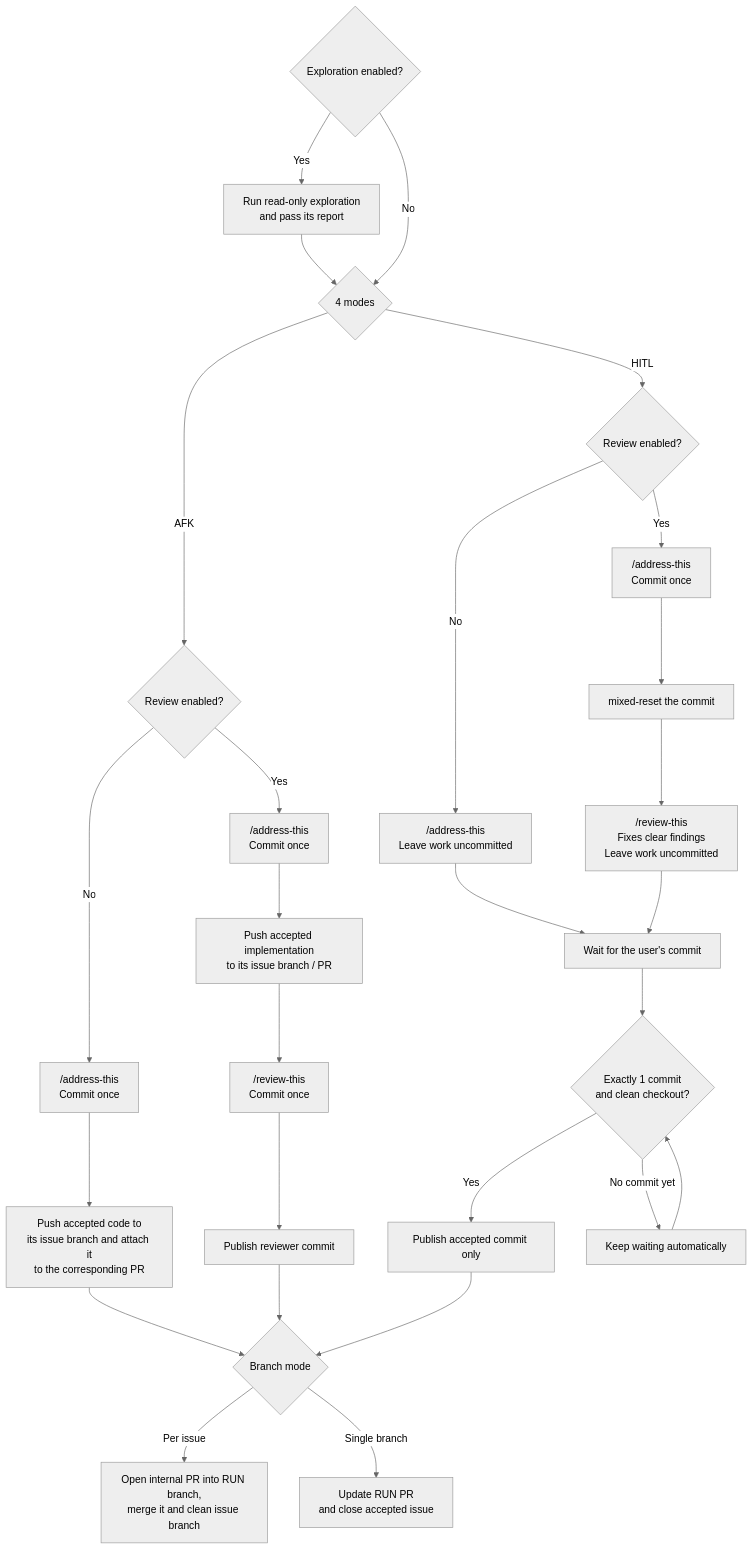
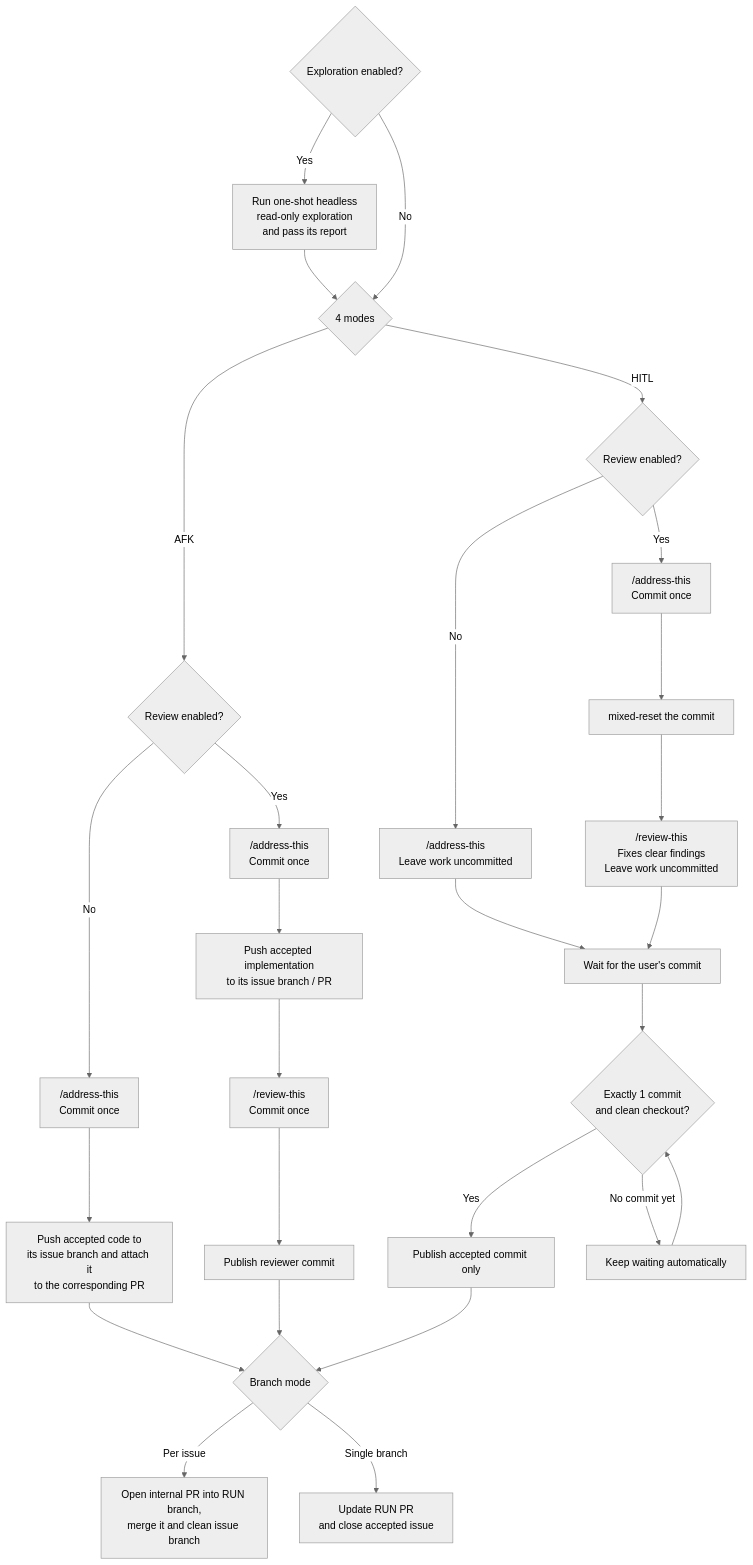
One commit to EmilienxD/harness changed the second of 2 diagrams in apps/aboard/README.md. Above: the diagram before and after it, drawn with Mermaid (neutral theme). The commit also changed other lines of this file and 17 other files, not shown here.

Commit message:
fix(auto-run): revert implementer & reviewer beeing headless (commit b6736c4)

````diff
--- a/apps/aboard/README.md
+++ b/apps/aboard/README.md
@@ -61,33 +63,33 @@
 ```mermaid
 flowchart TD
     EXPLORE{Exploration enabled?}
-    EXPLORE -->|Yes| X[Run read-only exploration<br/>and pass its report]
+    EXPLORE -->|Yes| X[Run one-shot headless<br/>read-only exploration<br/>and pass its report]
     EXPLORE -->|No| MODE{4 modes}
     X --> MODE
 
     MODE -->|AFK| AFK{Review enabled?}
     AFK -->|No| A0["/address-this<br/>Commit once"]
     AFK -->|Yes| A1["/address-this<br/>Commit once"]
     A1 --> APUB[Push accepted implementation<br/>to its issue branch / PR]
     APUB --> AR["/review-this<br/>Commit once"]
     AR --> ARPUB[Publish reviewer commit]
 
     MODE -->|HITL| HITL{Review enabled?}
     HITL -->|No| H0["/address-this<br/>Leave work uncommitted"]
     HITL -->|Yes| H1["/address-this<br/>Commit once"]
     H1 --> RESET[mixed-reset the commit]
     RESET --> HR["/review-this<br/>Fixes clear findings<br/>Leave work uncommitted"]
     H0 --> WAIT[Wait for the user's commit]
     HR --> WAIT
     WAIT --> HUMAN{Exactly 1 commit<br/>and clean checkout?}
     HUMAN -->|Yes| HPUB[Publish accepted commit only]
     HUMAN -->|No commit yet| WAITING[Keep waiting automatically]
     WAITING --> HUMAN
 
     A0 --> PUB[Push accepted code to<br/>its issue branch and attach it<br/>to the corresponding PR]
     PUB --> INTEGRATE{Branch mode}
     HPUB --> INTEGRATE
     ARPUB --> INTEGRATE
     INTEGRATE -->|Per issue| ISSUE[Open internal PR into RUN branch,<br/>merge it and clean issue branch]
     INTEGRATE -->|Single branch| SINGLE[Update RUN PR<br/>and close accepted issue]
 ```
````
